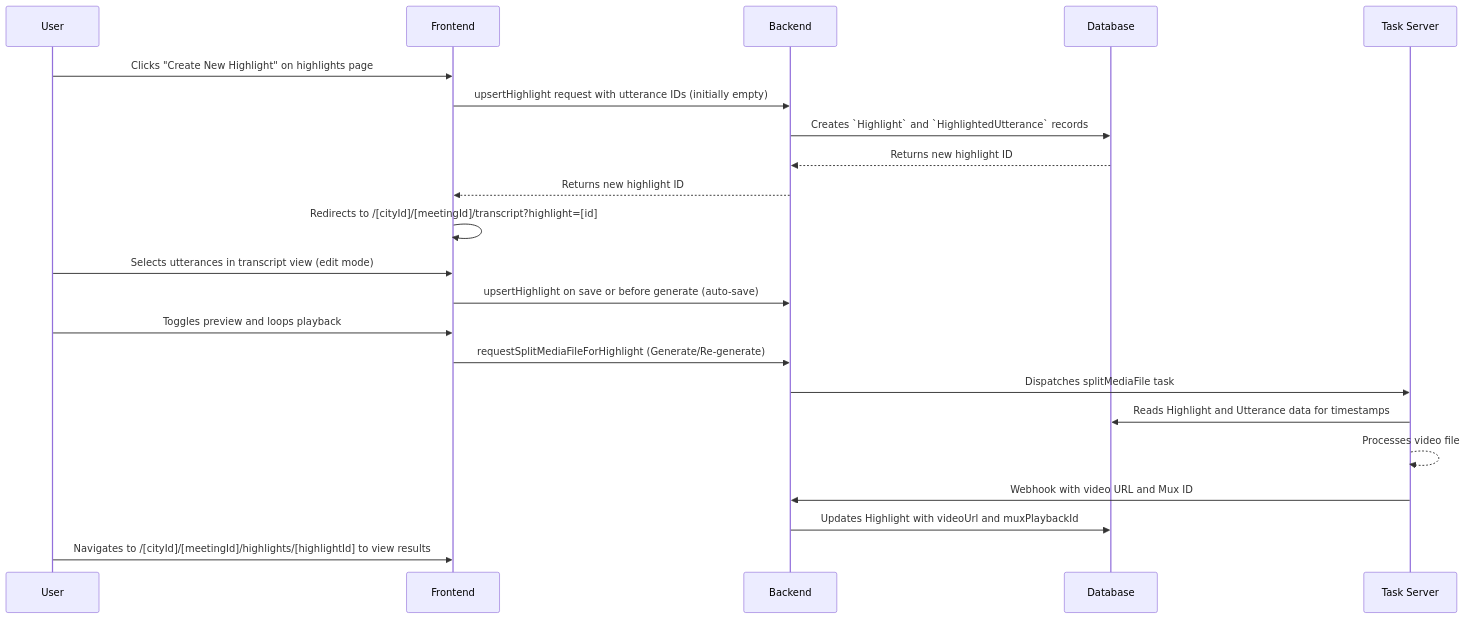
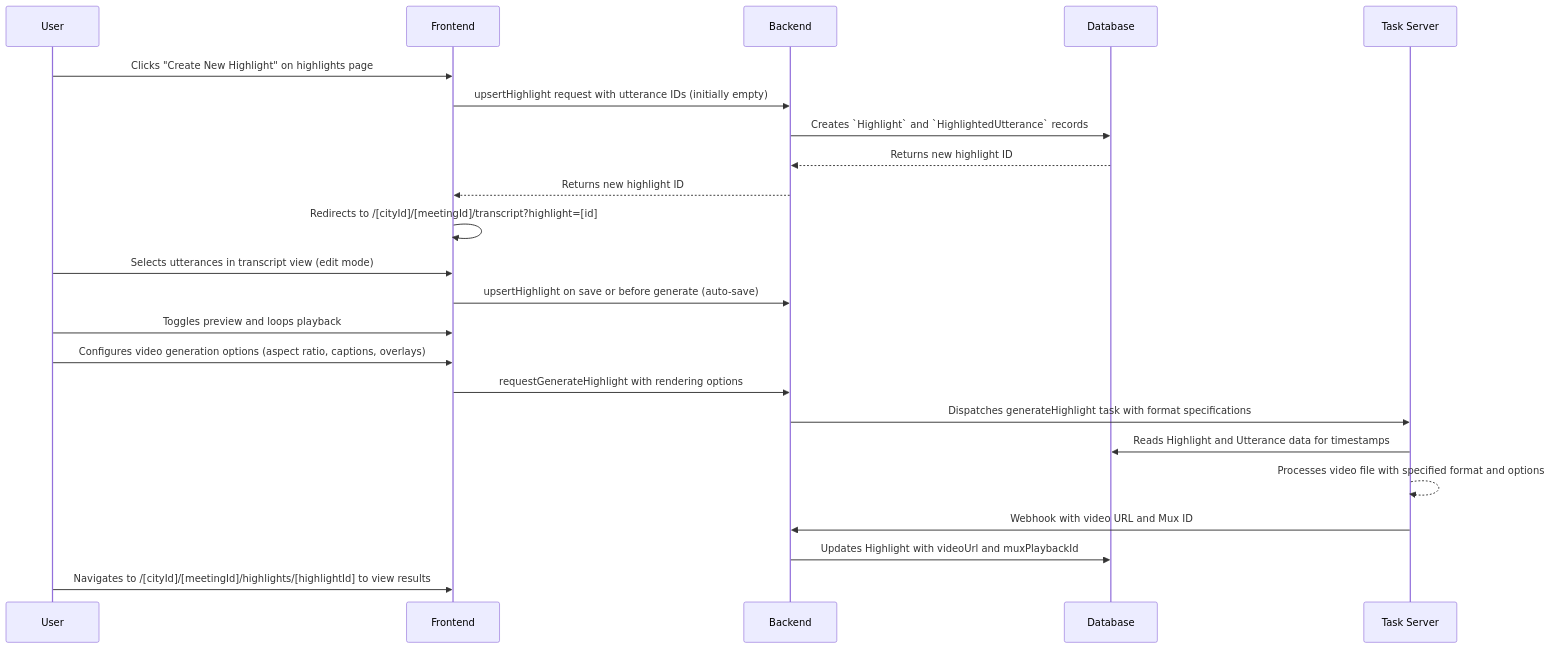
Before and after one commit to schemalabz/opencouncil: the diagram in docs/guides/meeting-highlights.md, drawn with Mermaid. The commit also changed other lines of this file and 5 other files, not shown here.

First line of the commit message:
feat(highlights): add video rendering options

````diff
--- a/docs/guides/meeting-highlights.md
+++ b/docs/guides/meeting-highlights.md
@@ -20,25 +43,26 @@
 ```mermaid
 sequenceDiagram
     participant User
     participant Frontend
     participant Backend
     participant Database
     participant Task Server
 
     User->>Frontend: Clicks "Create New Highlight" on highlights page
     Frontend->>Backend: upsertHighlight request with utterance IDs (initially empty)
     Backend->>Database: Creates `Highlight` and `HighlightedUtterance` records
     Database-->>Backend: Returns new highlight ID
     Backend-->>Frontend: Returns new highlight ID
     Frontend->>Frontend: Redirects to /[cityId]/[meetingId]/transcript?highlight=[id]
     User->>Frontend: Selects utterances in transcript view (edit mode)
     Frontend->>Backend: upsertHighlight on save or before generate (auto-save)
     User->>Frontend: Toggles preview and loops playback
-    Frontend->>Backend: requestSplitMediaFileForHighlight (Generate/Re-generate)
-    Backend->>Task Server: Dispatches splitMediaFile task
+    User->>Frontend: Configures video generation options (aspect ratio, captions, overlays)
+    Frontend->>Backend: requestGenerateHighlight with rendering options
+    Backend->>Task Server: Dispatches generateHighlight task with format specifications
     Task Server->>Database: Reads Highlight and Utterance data for timestamps
-    Task Server-->>Task Server: Processes video file
+    Task Server-->>Task Server: Processes video file with specified format and options
     Task Server->>Backend: Webhook with video URL and Mux ID
     Backend->>Database: Updates Highlight with videoUrl and muxPlaybackId
     User->>Frontend: Navigates to /[cityId]/[meetingId]/highlights/[highlightId] to view results
 ```
````
